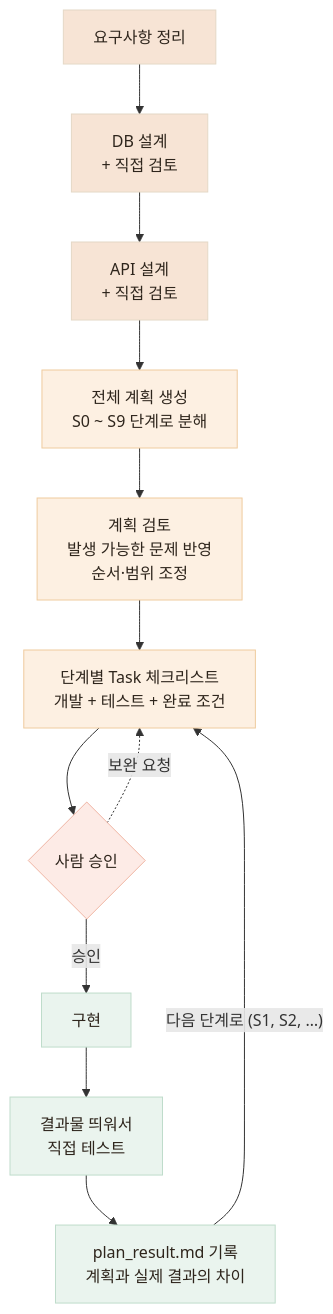
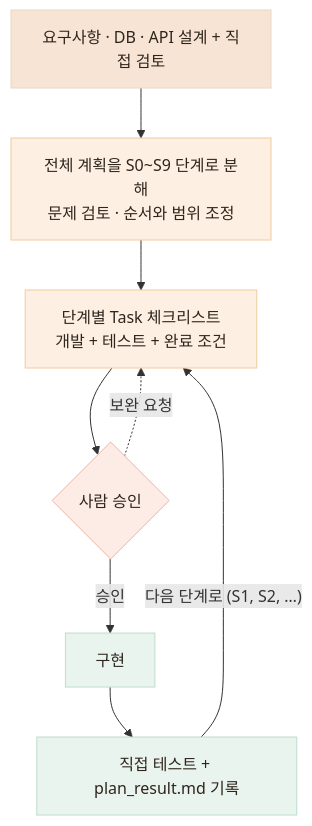
The first of 2 diagrams in public/mds/ai-workflow/plan.md (Jinacker/PortFolio), drawn with Mermaid before and after one commit. The commit also changed other lines of this file and 6 other files, not shown here.

````diff
--- a/public/mds/ai-workflow/plan.md
+++ b/public/mds/ai-workflow/plan.md
@@ -32,25 +30,17 @@
 ```mermaid
 flowchart TB
-    R["요구사항 정리"] --> D["DB 설계<br/>+ 직접 검토"]
-    D --> A["API 설계<br/>+ 직접 검토"]
-    A --> P["전체 계획 생성<br/>S0 ~ S9 단계로 분해"]
-    P --> P2["계획 검토<br/>발생 가능한 문제 반영<br/>순서·범위 조정"]
-    P2 --> T["단계별 Task 체크리스트<br/>개발 + 테스트 + 완료 조건"]
+    A["요구사항 · DB · API 설계 + 직접 검토"] --> P["전체 계획을 S0~S9 단계로 분해<br/>문제 검토 · 순서와 범위 조정"]
+    P --> T["단계별 Task 체크리스트<br/>개발 + 테스트 + 완료 조건"]
     T --> G{"사람 승인"}
     G -->|"승인"| I["구현"]
     G -.->|"보완 요청"| T
-    I --> C["결과물 띄워서<br/>직접 테스트"]
-    C --> W["plan_result.md 기록<br/>계획과 실제 결과의 차이"]
-    W -->|"다음 단계로 (S1, S2, …)"| T
+    I --> C["직접 테스트 + plan_result.md 기록"]
+    C -->|"다음 단계로 (S1, S2, …)"| T
 
-    style R fill:#F7E4D5,stroke:#E4D8C6,color:#2E251C
-    style D fill:#F7E4D5,stroke:#E4D8C6,color:#2E251C
     style A fill:#F7E4D5,stroke:#E4D8C6,color:#2E251C
     style P fill:#FDF0E2,stroke:#EFCB9E,color:#2E251C
-    style P2 fill:#FDF0E2,stroke:#EFCB9E,color:#2E251C
     style T fill:#FDF0E2,stroke:#EFCB9E,color:#2E251C
     style G fill:#FDEBE6,stroke:#EFB4A3,color:#2E251C
     style I fill:#EAF4EE,stroke:#BFDCCB,color:#2E251C
     style C fill:#EAF4EE,stroke:#BFDCCB,color:#2E251C
-    style W fill:#EAF4EE,stroke:#BFDCCB,color:#2E251C
 ```
````
